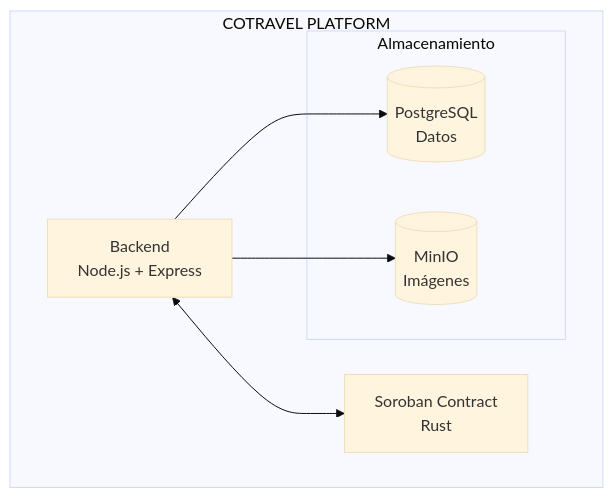
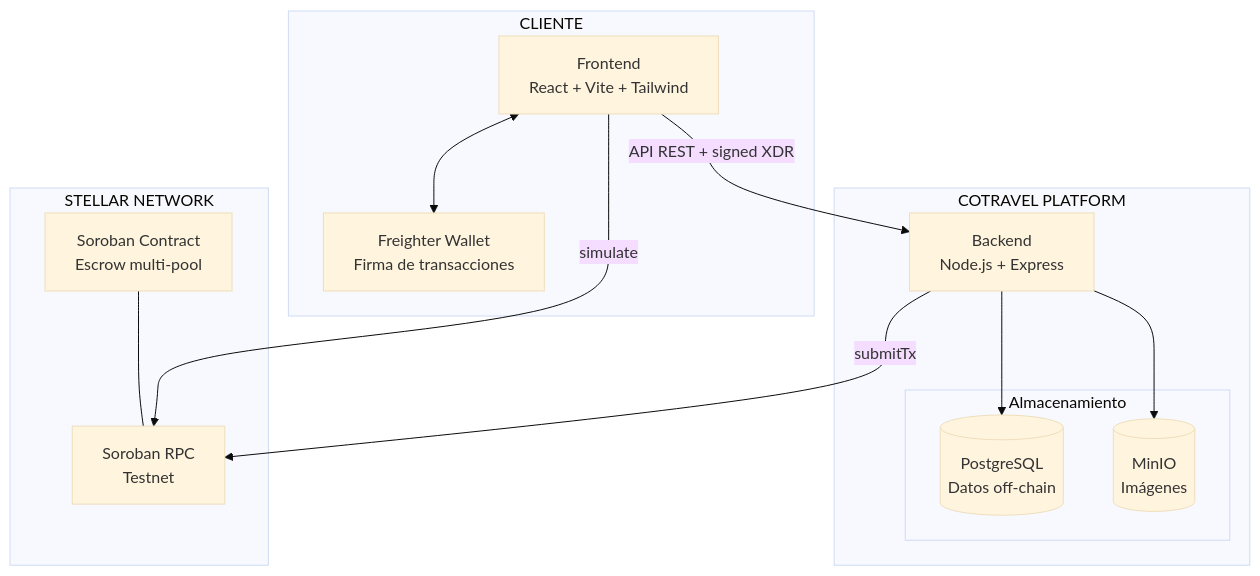
One commit to CoKeFish/Impacta-Bootcamp changed the first of 12 diagrams in ARCHITECTURE.md. Above: the diagram before and after it, drawn with Mermaid (base theme). The commit also changed other lines of this file and 4 other files, not shown here.

````diff
--- a/ARCHITECTURE.md
+++ b/ARCHITECTURE.md
@@ -12,16 +14,30 @@
 ```mermaid
 flowchart TB
+    subgraph Client["CLIENTE"]
+        FE[Frontend<br/>React + Vite + Tailwind]
+        FW[Freighter Wallet<br/>Firma de transacciones]
+        FE <--> FW
+    end
+
     subgraph Platform["COTRAVEL PLATFORM"]
         BE[Backend<br/>Node.js + Express]
-        SC[Soroban Contract<br/>Rust]
-        BE <--> SC
 
         subgraph Storage["Almacenamiento"]
-            DB[(PostgreSQL<br/>Datos)]
+            DB[(PostgreSQL<br/>Datos off-chain)]
             S3[(MinIO<br/>Imágenes)]
         end
 
         BE --> DB
         BE --> S3
     end
+
+    subgraph Blockchain["STELLAR NETWORK"]
+        SC[Soroban Contract<br/>Escrow multi-pool]
+        SR[Soroban RPC<br/>Testnet]
+        SC --- SR
+    end
+
+    FE -->|API REST + signed XDR| BE
+    BE -->|submitTx| SR
+    FE -->|simulate| SR
 ```
````
